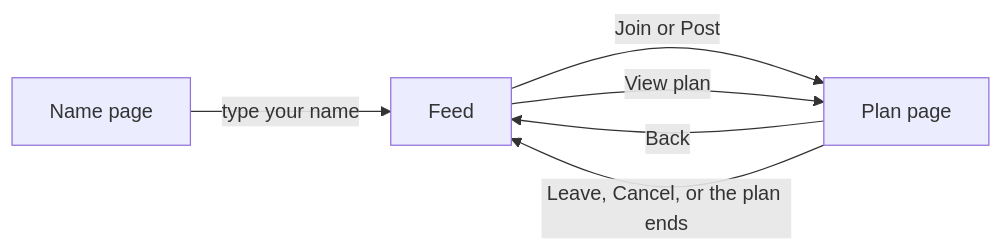
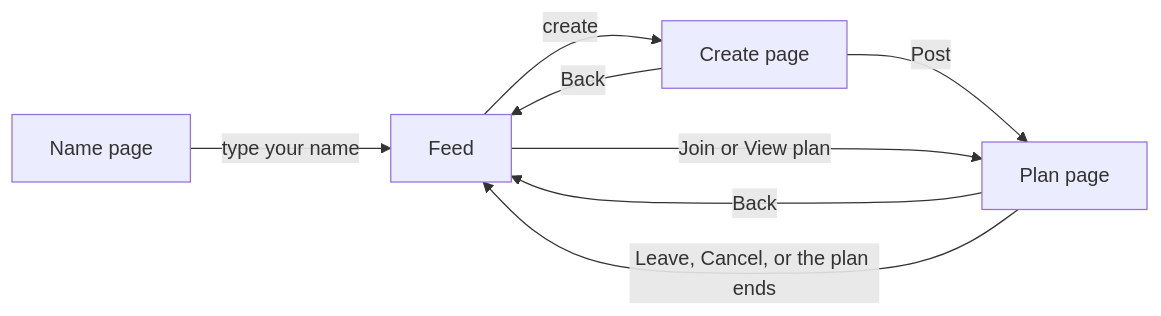
The second of 2 diagrams in meshena/doc/Code_Guide.md (oShuail/Group4-Unit1), drawn with Mermaid before and after one commit. The commit also changed other lines of this file and 16 other files, not shown here.

````diff
--- a/meshena/doc/Code_Guide.md
+++ b/meshena/doc/Code_Guide.md
@@ -232,8 +238,10 @@
 ```mermaid
 flowchart LR
     N["Name page"] -->|type your name| F["Feed"]
-    F -->|Join or Post| P["Plan page"]
+    F -->|create| C["Create page"]
+    C -->|Back| F
+    C -->|Post| P["Plan page"]
+    F -->|Join or View plan| P
     P -->|Back| F
-    F -->|View plan| P
     P -->|Leave, Cancel, or the plan ends| F
 ```
````
